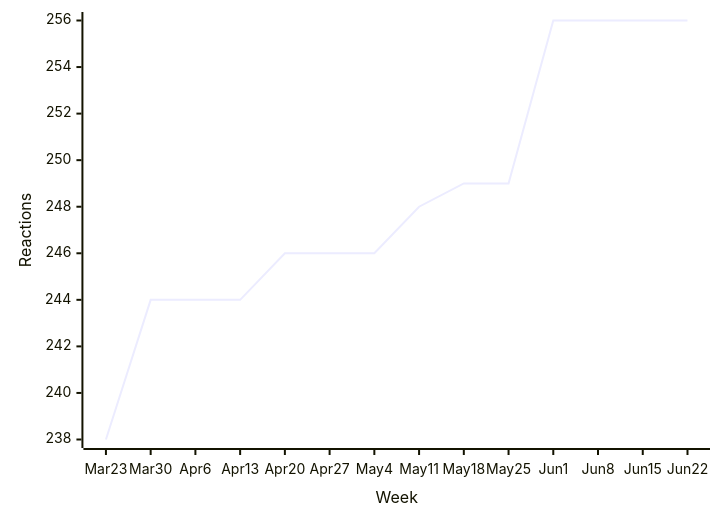
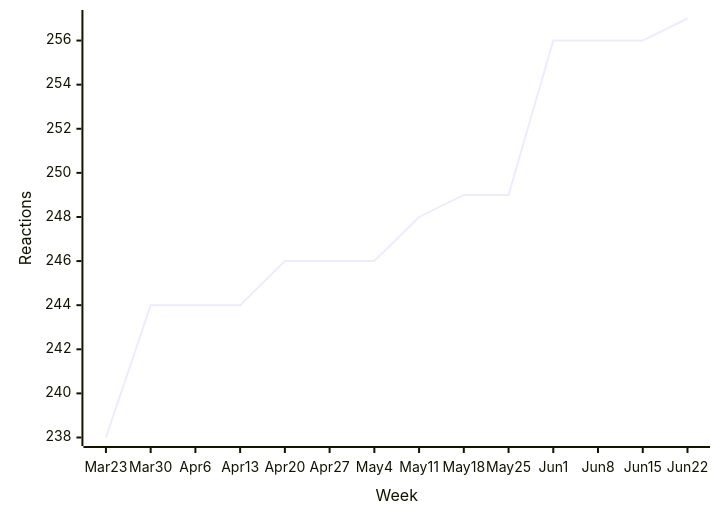
One commit to loic-sharma/github-insights changed the sixth of 50 diagrams in README.md. Above: the diagram before and after it, drawn with Mermaid. The commit also changed other lines of this file and 1 other file, not shown here.

````diff
--- a/README.md
+++ b/README.md
@@ -424,6 +424,6 @@
   ```mermaid
   xychart-beta
     x-axis "Week" [Mar 23, Mar 30, Apr 6, Apr 13, Apr 20, Apr 27, May 4, May 11, May 18, May 25, Jun 1, Jun 8, Jun 15, Jun 22]
     y-axis "Reactions"
-    line [238, 244, 244, 244, 246, 246, 246, 248, 249, 249, 256, 256, 256, 256]
+    line [238, 244, 244, 244, 246, 246, 246, 248, 249, 249, 256, 256, 256, 257]
   ```
````
